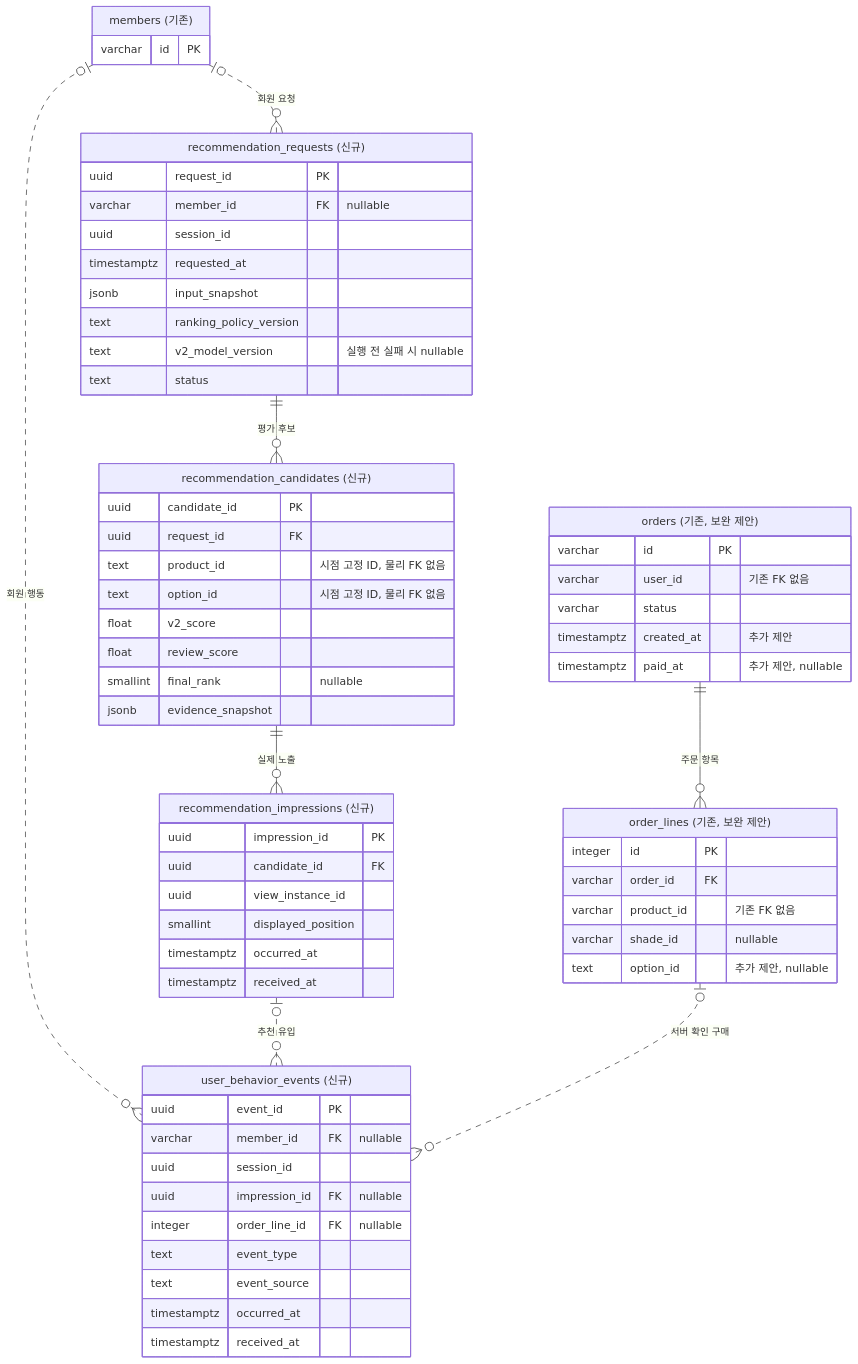
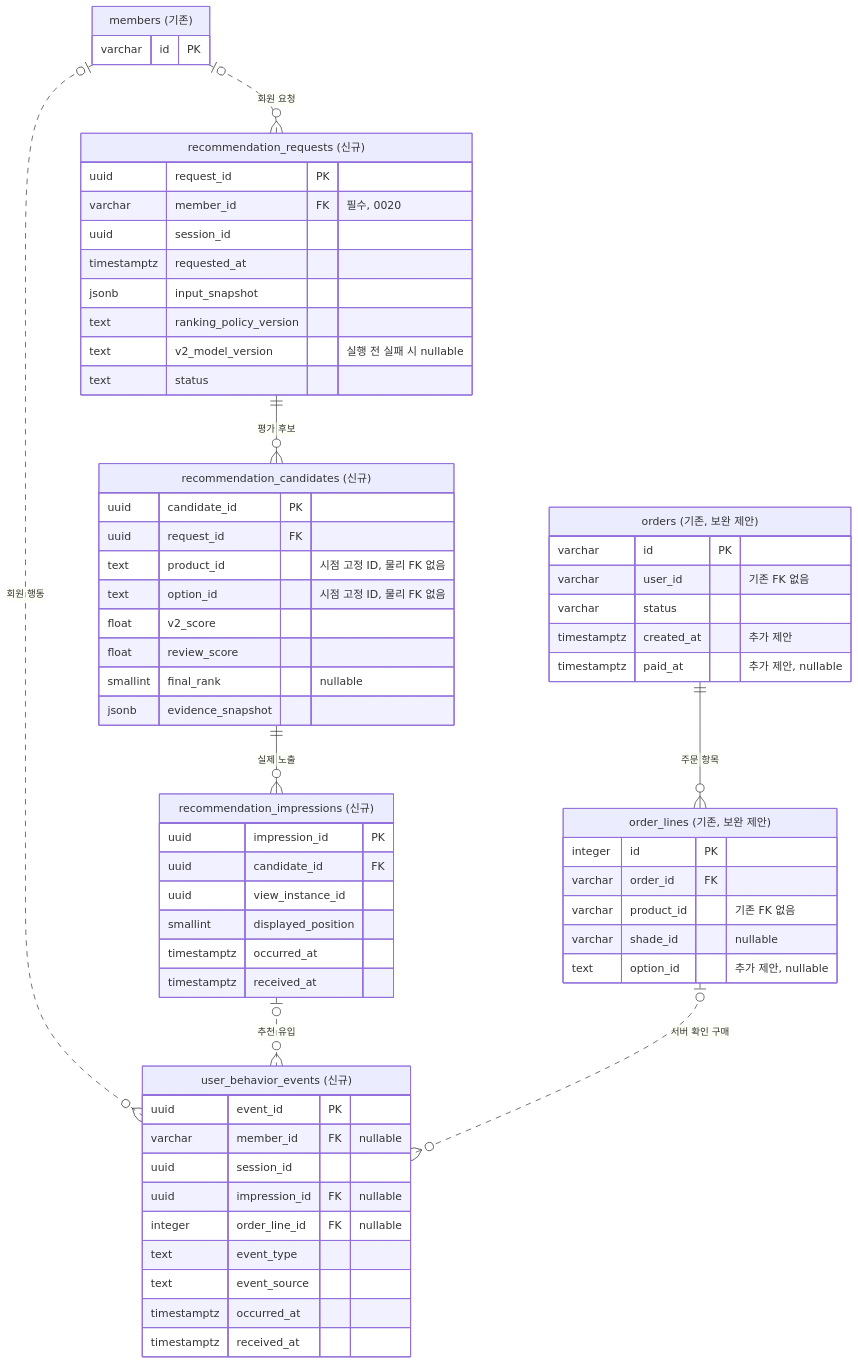
The first of 2 diagrams in docs/recommendation-v2-feedback-erd.md (gyuniverse-hq/SKN34-Final-Project), drawn with Mermaid before and after one commit. The commit also changed other lines of this file and 26 other files, not shown here.

````diff
--- a/docs/recommendation-v2-feedback-erd.md
+++ b/docs/recommendation-v2-feedback-erd.md
@@ -39,67 +51,67 @@
 ```mermaid
 erDiagram
     direction TB
     members["members (기존)"] {
         varchar id PK
     }
     orders["orders (기존, 보완 제안)"] {
         varchar id PK
         varchar user_id "기존 FK 없음"
         varchar status
         timestamptz created_at "추가 제안"
         timestamptz paid_at "추가 제안, nullable"
     }
     orderLines["order_lines (기존, 보완 제안)"] {
         integer id PK
         varchar order_id FK
         varchar product_id "기존 FK 없음"
         varchar shade_id "nullable"
         text option_id "추가 제안, nullable"
     }
     requests["recommendation_requests (신규)"] {
         uuid request_id PK
-        varchar member_id FK "nullable"
+        varchar member_id FK "필수, 0020"
         uuid session_id
         timestamptz requested_at
         jsonb input_snapshot
         text ranking_policy_version
         text v2_model_version "실행 전 실패 시 nullable"
         text status
     }
     candidates["recommendation_candidates (신규)"] {
         uuid candidate_id PK
         uuid request_id FK
         text product_id "시점 고정 ID, 물리 FK 없음"
         text option_id "시점 고정 ID, 물리 FK 없음"
         float v2_score
         float review_score
         smallint final_rank "nullable"
         jsonb evidence_snapshot
     }
     impressions["recommendation_impressions (신규)"] {
         uuid impression_id PK
         uuid candidate_id FK
         uuid view_instance_id
         smallint displayed_position
         timestamptz occurred_at
         timestamptz received_at
     }
     events["user_behavior_events (신규)"] {
         uuid event_id PK
         varchar member_id FK "nullable"
         uuid session_id
         uuid impression_id FK "nullable"
         integer order_line_id FK "nullable"
         text event_type
         text event_source
         timestamptz occurred_at
         timestamptz received_at
     }
     members o|..o{ requests : "회원 요청"
     members o|..o{ events : "회원 행동"
     requests ||--o{ candidates : "평가 후보"
     candidates ||--o{ impressions : "실제 노출"
     impressions o|..o{ events : "추천 유입"
     orders ||--o{ orderLines : "주문 항목"
     orderLines o|..o{ events : "서버 확인 구매"
 ```
````
